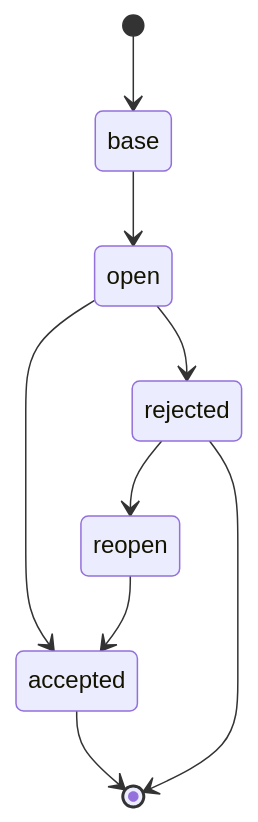
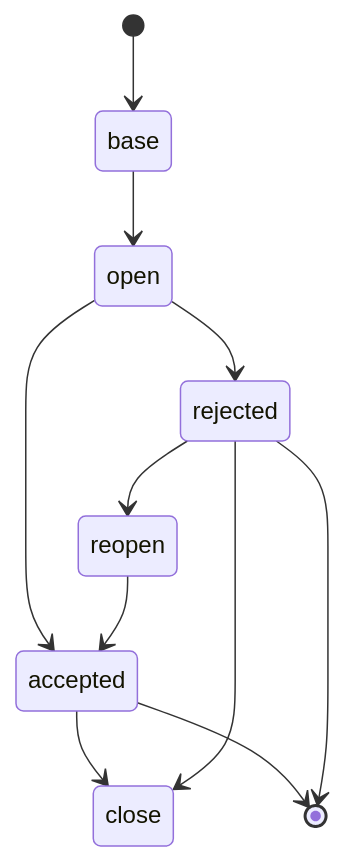
Before and after one commit to seo1nk/rust-functional-practice: the diagram in README.md, drawn with Mermaid.

Commit message:
update figure

````diff
--- a/README.md
+++ b/README.md
@@ -9,11 +9,13 @@
 ```mermaid
 stateDiagram-v2
 [*] --> base
 base --> open
 open --> accepted
 open --> rejected
 rejected --> reopen
 reopen --> accepted
+accepted --> close
+rejected --> close
 accepted --> [*]
 rejected --> [*]
 ```
````
